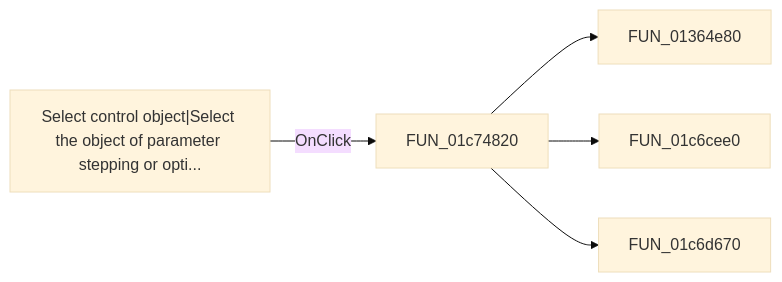
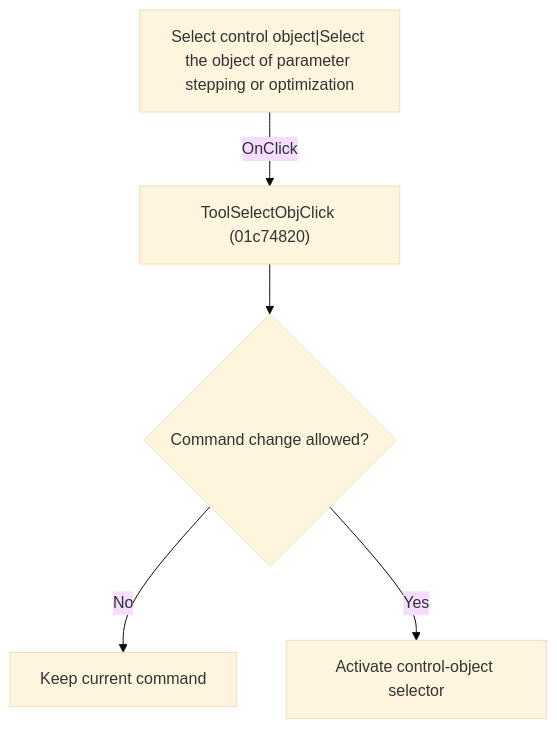
One commit to MovGP0/TIARA changed the diagram in docs/ui-controls/schematiceditor/toolselectobj-e6d8d81d63.md. Above: the diagram before and after it, drawn with Mermaid (base theme). The commit also changed other lines of this file and 1062 other files, not shown here.

````diff
--- a/docs/ui-controls/schematiceditor/toolselectobj-e6d8d81d63.md
+++ b/docs/ui-controls/schematiceditor/toolselectobj-e6d8d81d63.md
@@ -27,7 +27,7 @@
 ```mermaid
-flowchart LR
-    control["Select control object|Select the object of parameter stepping or opti..."] -->|OnClick| handler["FUN_01c74820"]
-    handler --> call1["FUN_01364e80"]
-    handler --> call2["FUN_01c6cee0"]
-    handler --> call3["FUN_01c6d670"]
+flowchart TD
+    control["Select control object|Select the object of parameter stepping or optimization"] -->|"OnClick"| handler["ToolSelectObjClick (01c74820)"]
+    handler --> guard{"Command change allowed?"}
+    guard -->|"No"| noChange["Keep current command"]
+    guard -->|"Yes"| action["Activate control-object selector"]
 ```
````
